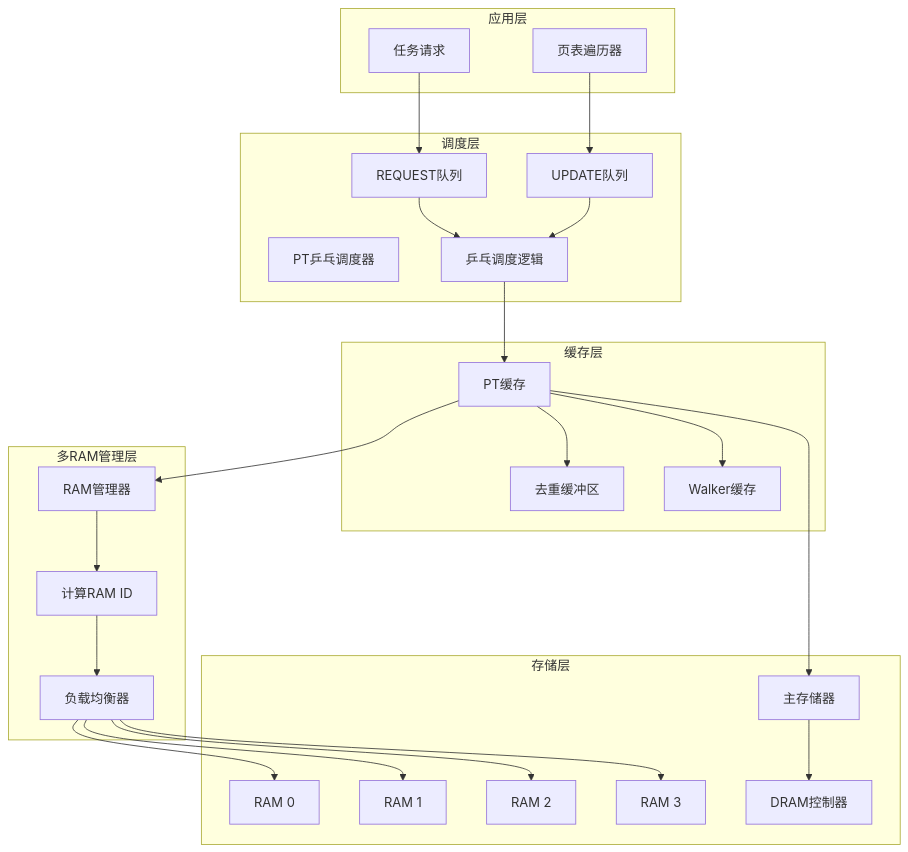
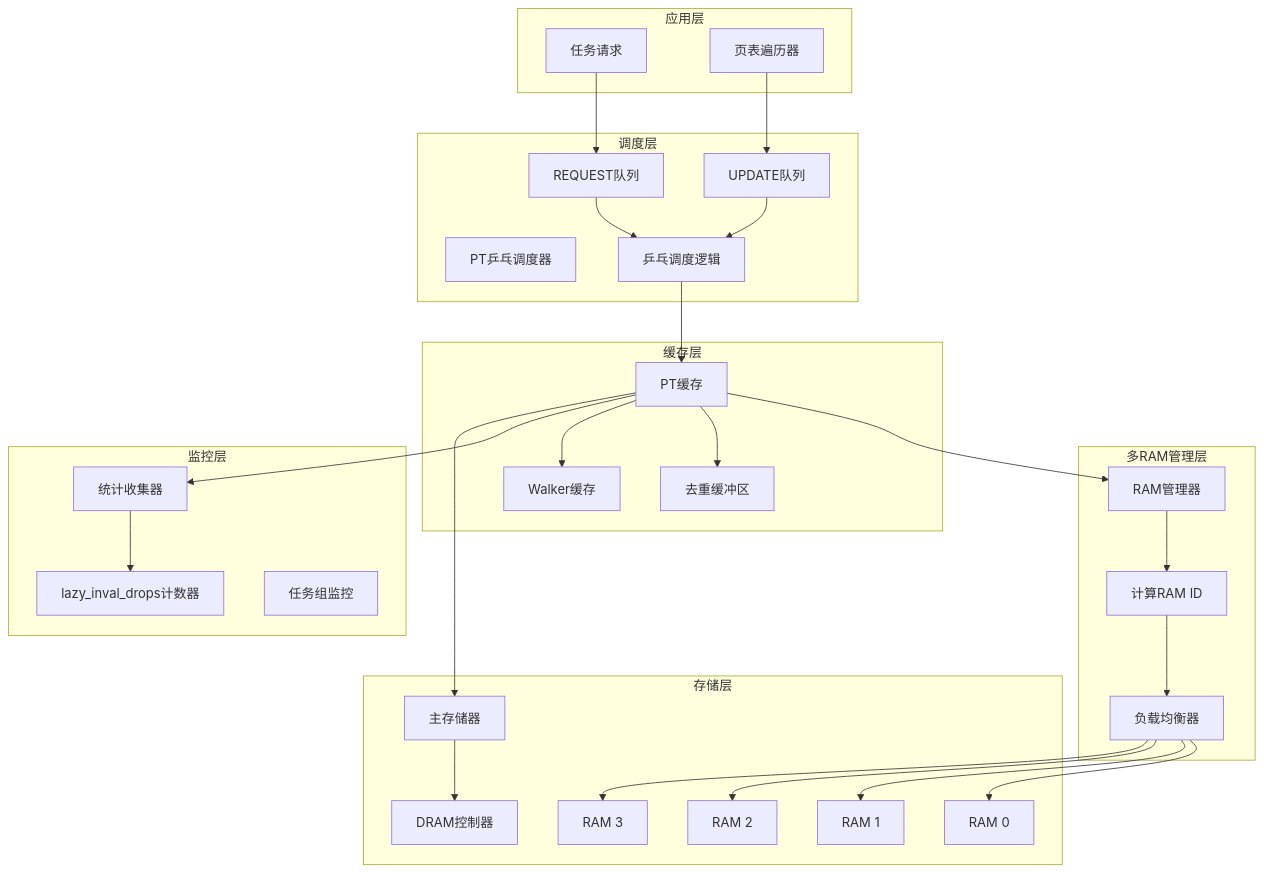
The second of 14 diagrams in .qoder/repowiki/zh/content/缓存系统/PT缓存（页表缓存）.md (jiangjiang1122/iommu_model_20260401_v1), drawn with Mermaid before and after one commit. The commit also changed other lines of this file and 159 other files, not shown here.

Commit message:
chore: 更新知识库文档 + 新增PTW并发分析图表与数据文件

````diff
--- a/.qoder/repowiki/zh/content/缓存系统/PT缓存（页表缓存）.md
+++ b/.qoder/repowiki/zh/content/缓存系统/PT缓存（页表缓存）.md
@@ -135,47 +140,54 @@
 ```mermaid
 graph TB
 subgraph "应用层"
 Tasks[任务请求]
 PTW[页表遍历器]
 end
 subgraph "调度层"
 PTScheduler[PT乒乓调度器]
 RequestFIFO[REQUEST队列]
 UpdateFIFO[UPDATE队列]
 PingPongLogic[乒乓调度逻辑]
 end
 subgraph "多RAM管理层"
 RAMManager[RAM管理器]
 ComputeRamId[计算RAM ID]
 LoadBalancer[负载均衡器]
 end
 subgraph "缓存层"
 PTCache[PT缓存]
 DedupBuffer[去重缓冲区]
 WalkerCache[Walker缓存]
+end
+subgraph "监控层"
+StatsCollector[统计收集器]
+LazyInvalCounter[lazy_inval_drops计数器]
+GroupMonitor[任务组监控]
 end
 subgraph "存储层"
 RAM0[RAM 0]
 RAM1[RAM 1]
 RAM2[RAM 2]
 RAM3[RAM 3]
 DDR[主存储器]
 DRAM[DRAM控制器]
 end
 Tasks --> RequestFIFO
 PTW --> UpdateFIFO
 RequestFIFO --> PingPongLogic
 UpdateFIFO --> PingPongLogic
 PingPongLogic --> PTCache
 PTCache --> RAMManager
 RAMManager --> ComputeRamId
 ComputeRamId --> LoadBalancer
 LoadBalancer --> RAM0
 LoadBalancer --> RAM1
 LoadBalancer --> RAM2
 LoadBalancer --> RAM3
 PTCache --> DedupBuffer
 PTCache --> WalkerCache
+PTCache --> StatsCollector
+StatsCollector --> LazyInvalCounter
 PTCache --> DDR
 DDR --> DRAM
 ```
````
